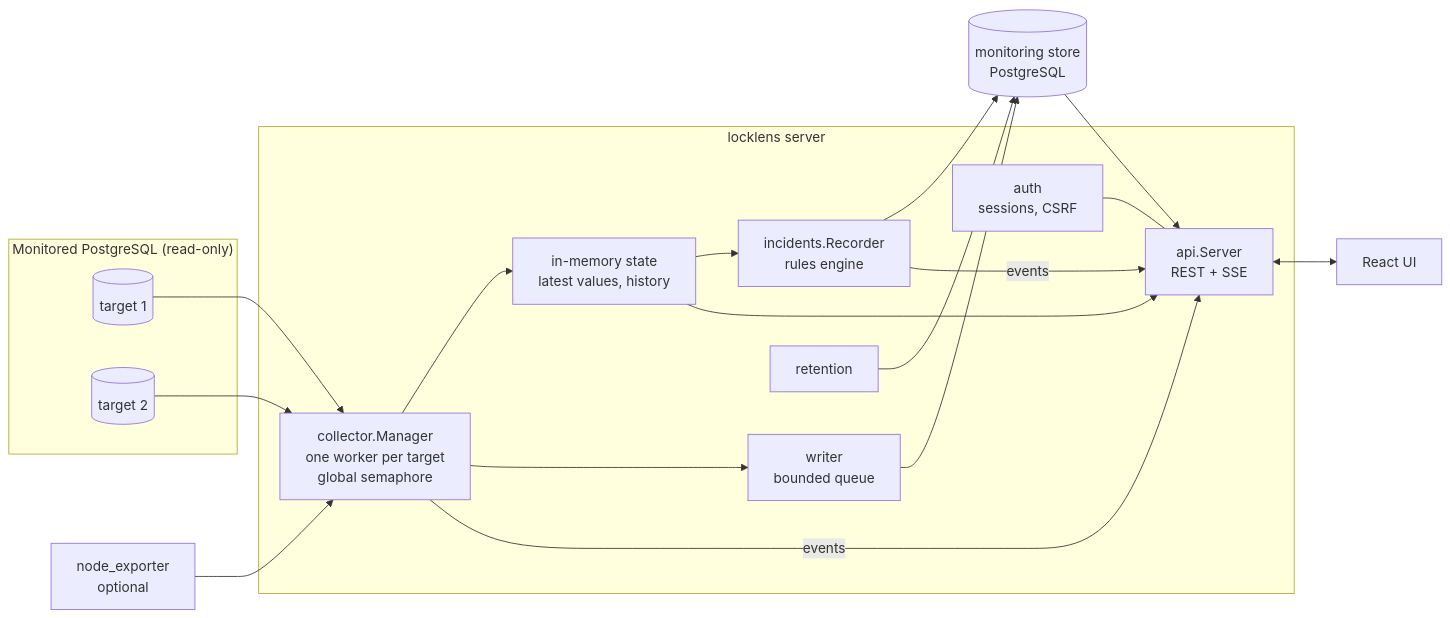
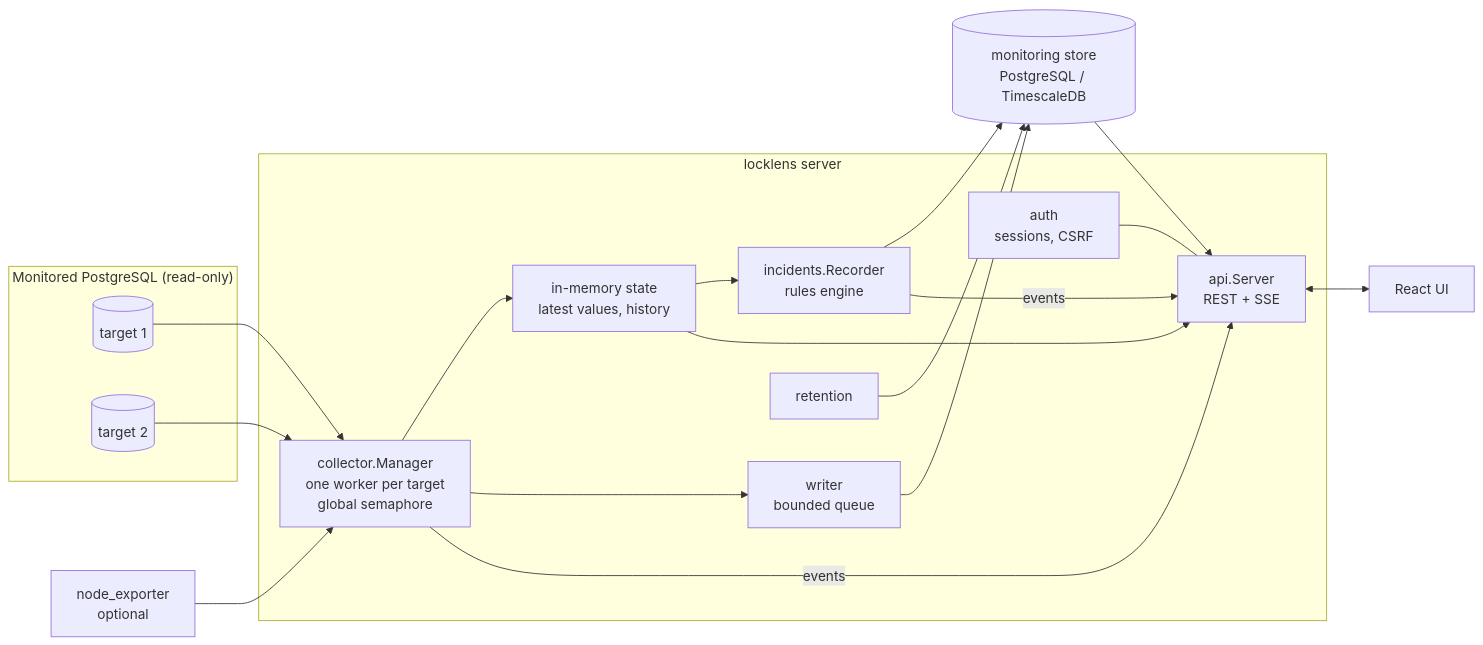
The first of 3 diagrams in docs/architecture.md (Huy-8bit/locklens), drawn with Mermaid before and after one commit. The commit also changed other lines of this file and 59 other files, not shown here.

````diff
--- a/docs/architecture.md
+++ b/docs/architecture.md
@@ -23,31 +23,31 @@
 ```mermaid
 flowchart LR
     subgraph targets["Monitored PostgreSQL (read-only)"]
         T1[(target 1)]
         T2[(target 2)]
     end
     NE[node_exporter<br/>optional]
     subgraph server["locklens server"]
         M[collector.Manager<br/>one worker per target<br/>global semaphore]
         ST[in-memory state<br/>latest values, history]
         W[writer<br/>bounded queue]
         RC[incidents.Recorder<br/>rules engine]
         API[api.Server<br/>REST + SSE]
         RET[retention]
         AUTH[auth<br/>sessions, CSRF]
     end
-    STORE[(monitoring store<br/>PostgreSQL)]
+    STORE[(monitoring store<br/>PostgreSQL / TimescaleDB)]
     UI[React UI]
     T1 & T2 --> M
     NE --> M
     M --> ST
     M --> W --> STORE
     ST --> RC --> STORE
     RC -- events --> API
     M -- events --> API
     STORE --> API
     ST --> API
     API <--> UI
     AUTH --- API
     RET --> STORE
 ```
````
